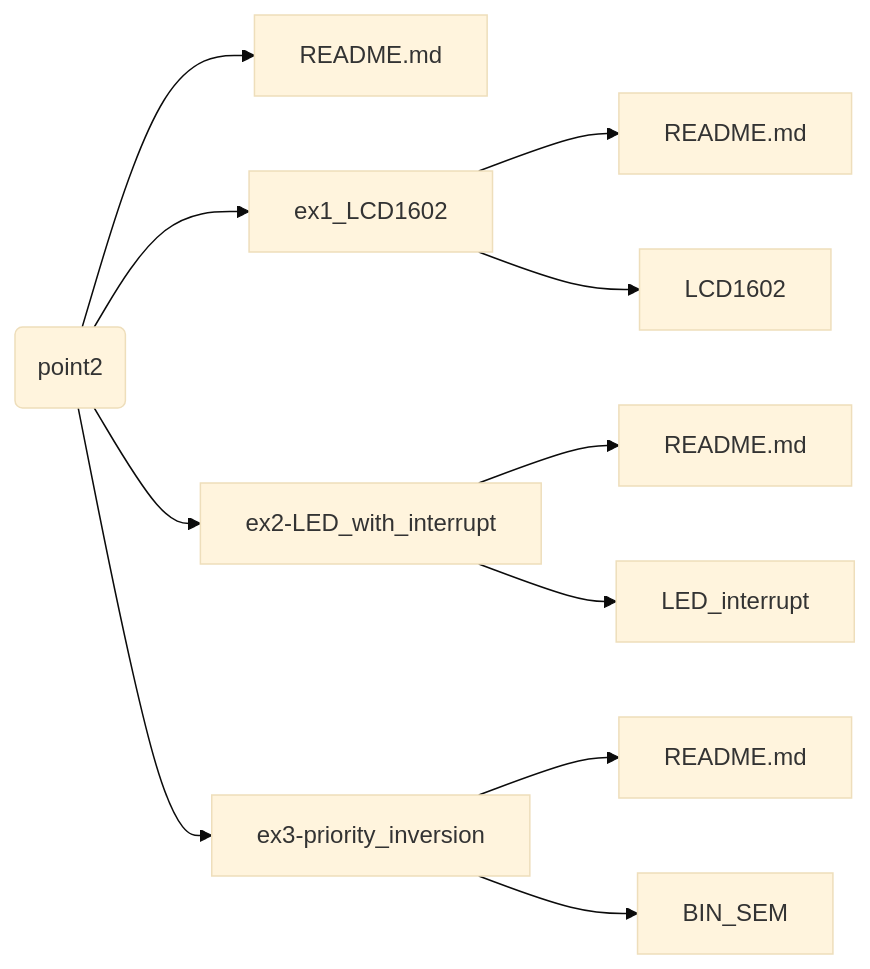
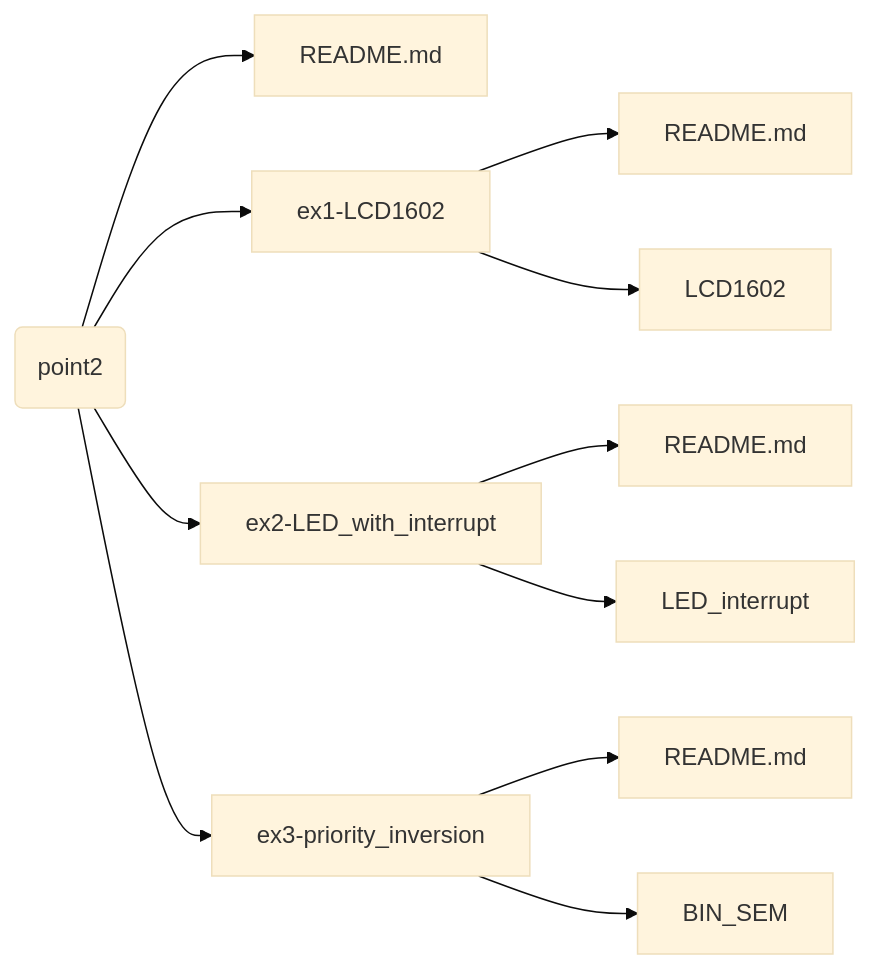
Before and after one commit to smokyisthatyou/STM32Nucleo64: the diagram in README.md, drawn with Mermaid. The commit also changed other lines of this file and 211 other files, not shown here.

````diff
--- a/README.md
+++ b/README.md
@@ -10,29 +10,29 @@
 ```mermaid
 %%{init: {'theme':'base'}}%%
 graph LR;
 p(point2)
 A[README.md];
 B[README.md];
 C[README.md];
 D[README.md];
 p-->A;
-p-->ex1_LCD1602;
+p-->ex1-LCD1602;
 p-->ex2-LED_with_interrupt;
 p-->ex3-priority_inversion;
 ex2-LED_with_interrupt-->B;
 ex2-LED_with_interrupt-->LED_interrupt;
-ex1_LCD1602-->D;
-ex1_LCD1602-->LCD1602
+ex1-LCD1602-->D;
+ex1-LCD1602-->LCD1602
 ex3-priority_inversion --> C;
 ex3-priority_inversion --> BIN_SEM;
 
 click p href "https://baltig.polito.it/caos2023/group2/-/tree/point2" "Link to point2";
 click README.md href "https://baltig.polito.it/caos2023/group2/-/tree/point2/README.md" "Link to point2.md";
-click ex1-LCD1602 href "https://baltig.polito.it/caos2023/group2/-/tree/point2/ex1_LCD1602" "Link to ex1_LCD1602";
+click ex1-LCD1602 href "https://baltig.polito.it/caos2023/group2/-/tree/point2/ex1-LCD1602" "Link to ex1-LCD1602";
 click ex2-LED_with_interrupt href "https://baltig.polito.it/caos2023/group2/-/tree/point2/ex2-LED_with_interrupt" "Link to ex2-LED_with_interrupt";
 click README.md href "https://baltig.polito.it/caos2023/group2/-/tree/point2/ex2-LED_with_interrupt/README.md" "Link to README.md";
 click LED_interrupt href "https://baltig.polito.it/caos2023/group2/-/tree/point2/ex2-LED_with_interrupt/LED_interrupt" "Link to LED_interrupt";
 click ex3-priority_inversion href "https://baltig.polito.it/caos2023/group2/-/tree/point1/tutorial_pictures" "Link to ex3-priority_inversion";
 click README.md href "https://baltig.polito.it/caos2023/group2/-/tree/point2/ex3-priority_inversion/README.md" "Link to README.md";
 click BIN_SEM href "https://baltig.polito.it/caos2023/group2/-/tree/point2/ex3-priority_inversion/BIN_SEM" "Link to BIN_SEM";
 ```
````
